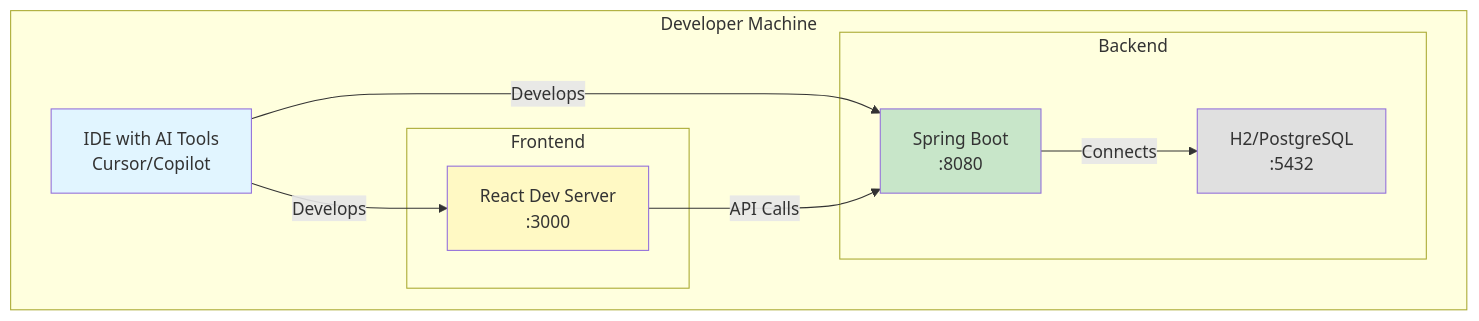
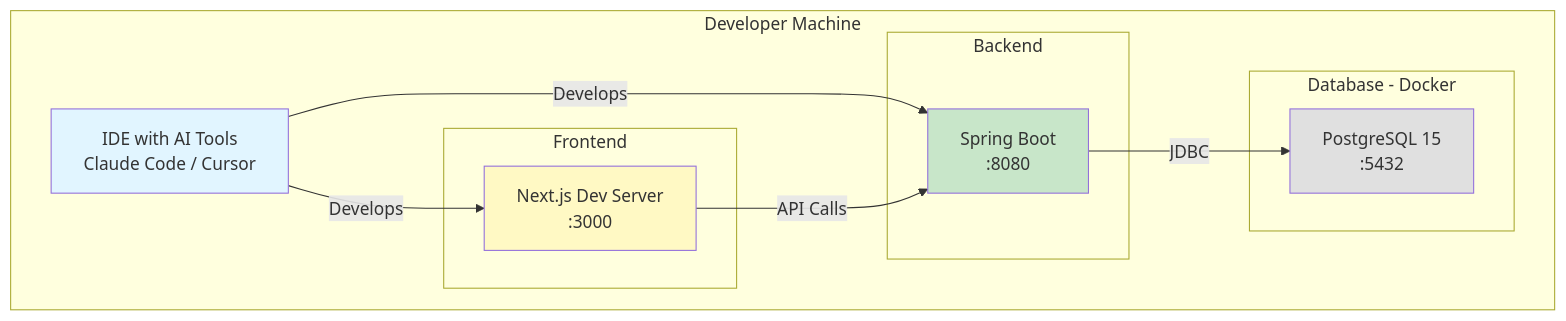
Diagram 20 of 24 in architecture.md (Rhoahndur/Osgiliath), drawn with Mermaid before and after one commit. The commit also changed other lines of this file and 131 other files, not shown here.

````diff
--- a/architecture.md
+++ b/architecture.md
@@ -977,25 +1029,28 @@
 ```mermaid
 graph TB
     subgraph "Developer Machine"
-        IDE[IDE with AI Tools<br/>Cursor/Copilot]
-        
+        IDE[IDE with AI Tools<br/>Claude Code / Cursor]
+
         subgraph "Backend"
             SPRING[Spring Boot<br/>:8080]
-            H2[H2/PostgreSQL<br/>:5432]
         end
-        
+
+        subgraph "Database - Docker"
+            PG[PostgreSQL 15<br/>:5432]
+        end
+
         subgraph "Frontend"
-            REACT[React Dev Server<br/>:3000]
+            REACT[Next.js Dev Server<br/>:3000]
         end
     end
-    
+
     IDE -->|Develops| SPRING
     IDE -->|Develops| REACT
-    SPRING -->|Connects| H2
+    SPRING -->|JDBC| PG
     REACT -->|API Calls| SPRING
-    
+
     style IDE fill:#e1f5ff
     style SPRING fill:#c8e6c9
     style REACT fill:#fff9c4
-    style H2 fill:#e0e0e0
+    style PG fill:#e0e0e0
 ```
````
